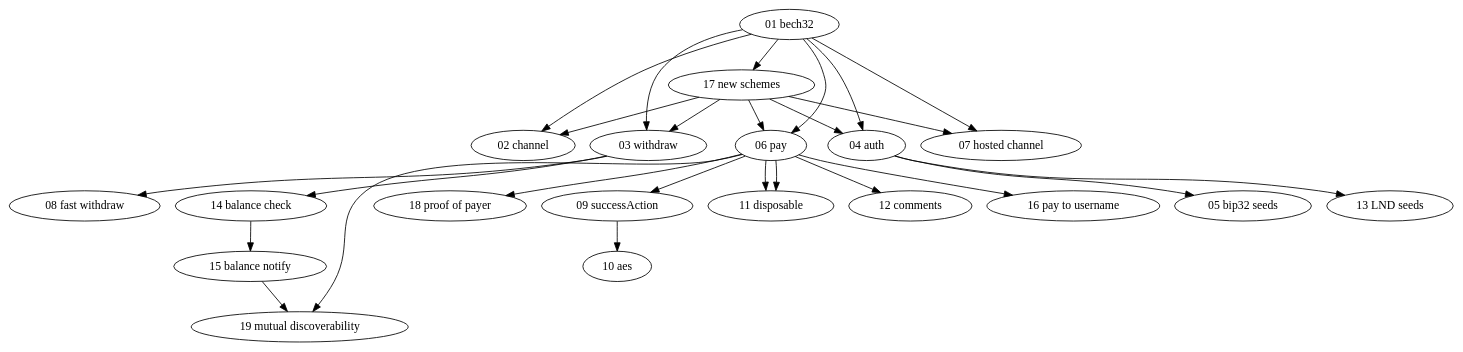
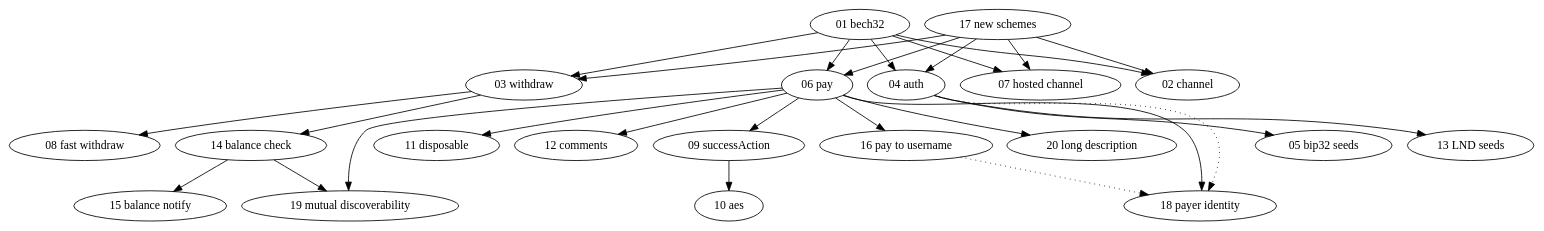
Before and after one commit to lnurl/luds: the diagram in dependencies.dot, drawn with Graphviz. The commit also changed 3 other files, not shown here.

```diff
--- a/dependencies.dot
+++ b/dependencies.dot
@@ -1,34 +1,35 @@
 digraph {
   01[label="01 bech32"]
   02[label="02 channel"]
   03[label="03 withdraw"]
   04[label="04 auth"]
   05[label="05 bip32 seeds"]
   06[label="06 pay"]
   07[label="07 hosted channel"]
   08[label="08 fast withdraw"]
   09[label="09 successAction"]
   10[label="10 aes"]
   11[label="11 disposable"]
   12[label="12 comments"]
   13[label="13 LND seeds"]
   14[label="14 balance check"]
   15[label="15 balance notify"]
   16[label="16 pay to username"]
   17[label="17 new schemes"]
-  18[label="18 proof of payer"]
+  18[label="18 payer identity"]
   19[label="19 mutual discoverability"]
+  20[label="20 long description"]
 
   { 01 17 } -> { 02 03 04 06 07 } // base protocols depend on URL format
-  01 -> 17 // it's still necessary to implement the bech32 stuff
   04 -> { 05 13 } // lnurl-auth seed generation methods
   03 -> 08 // fast withdraw
   03 -> 14 -> 15 // balanceCheck/balanceNotify
   06 -> 11 // disposable lnurl-pay
+  06 -> 20 // long description
   06 -> 09 -> 10 // lnurl-pay successAction
-  06 -> 11 // lnurl-pay disposable
   06 -> 12 // lnurl-pay comments
-  06 -> 18 // lnurl-pay proof-of-payer
+  06 -> 18 // lnurl-pay payer ids
+  { 04 16 } -> 18 [style="dotted"] // loose relationship of payer id with lnurl-auth and lightning address
   06 -> 16 // paying to user@domain.com
-  { 06 15 } -> 19 // mutually discoverable pay and withdraw links
+  { 06 14 } -> 19 // mutually discoverable pay and withdraw links
 }
```
